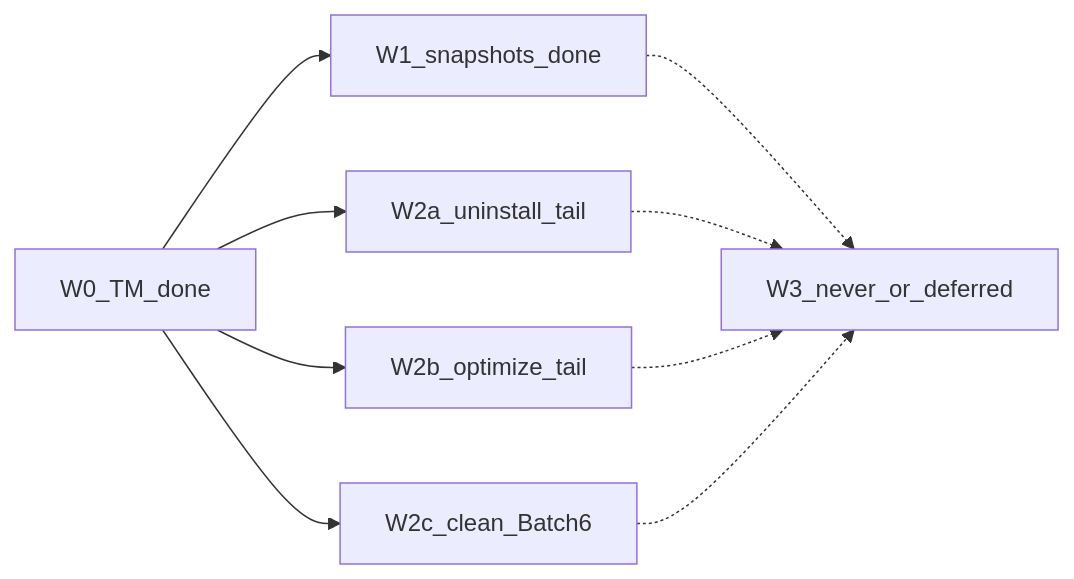
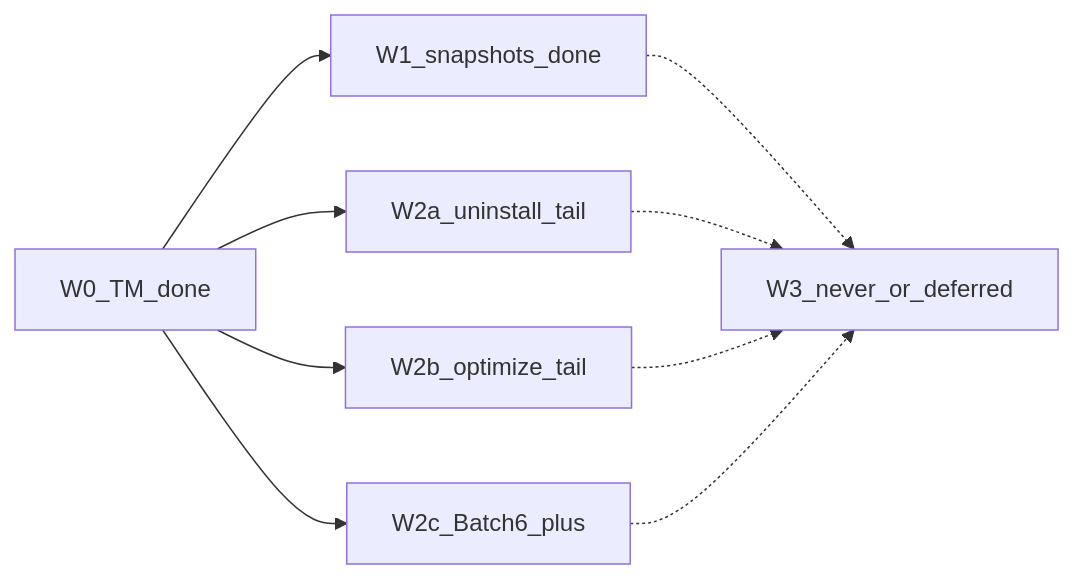
Before and after one commit to wukongnotnull/vole: the diagram in docs/wukong-code/specs/2026-08-08-0119-mole-parity-roadmap-design.md, drawn with Mermaid. The commit also changed other lines of this file, not shown here.

````diff
--- a/docs/wukong-code/specs/2026-08-08-0119-mole-parity-roadmap-design.md
+++ b/docs/wukong-code/specs/2026-08-08-0119-mole-parity-roadmap-design.md
@@ -16,17 +16,17 @@
 ```mermaid
 flowchart LR
   W0[W0_TM_done]
   W1[W1_snapshots_done]
   W2a[W2a_uninstall_tail]
   W2b[W2b_optimize_tail]
-  W2c[W2c_clean_Batch6]
+  W2c[W2c_Batch6_plus]
   W3[W3_never_or_deferred]
   W0 --> W1
   W0 --> W2a
   W0 --> W2b
   W0 --> W2c
   W1 -.-> W3
   W2a -.-> W3
   W2b -.-> W3
   W2c -.-> W3
 ```
````
